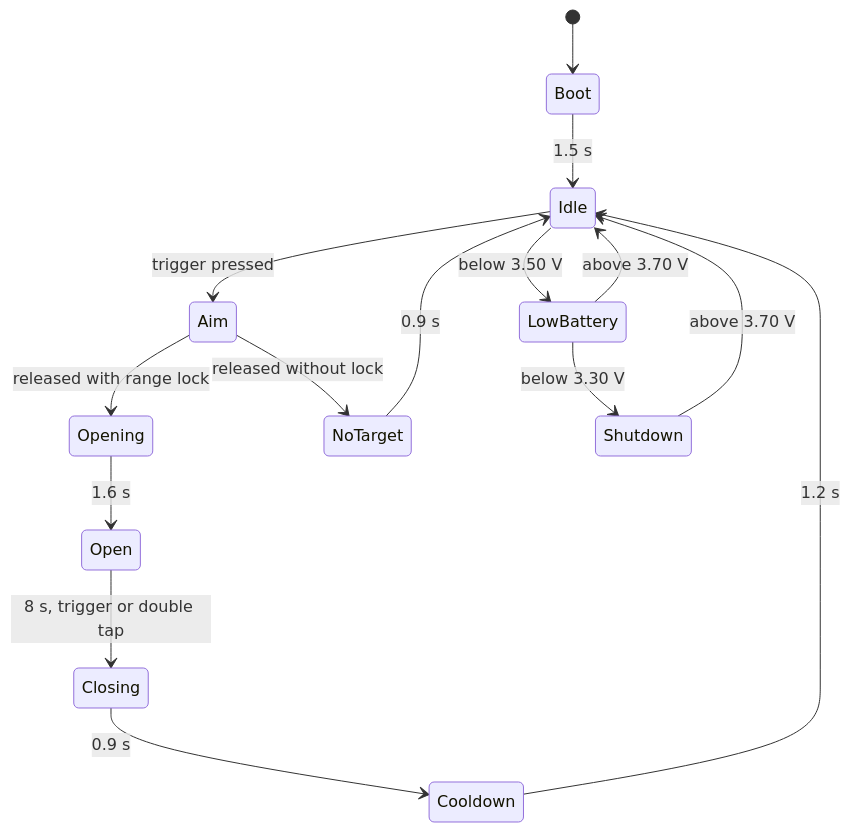
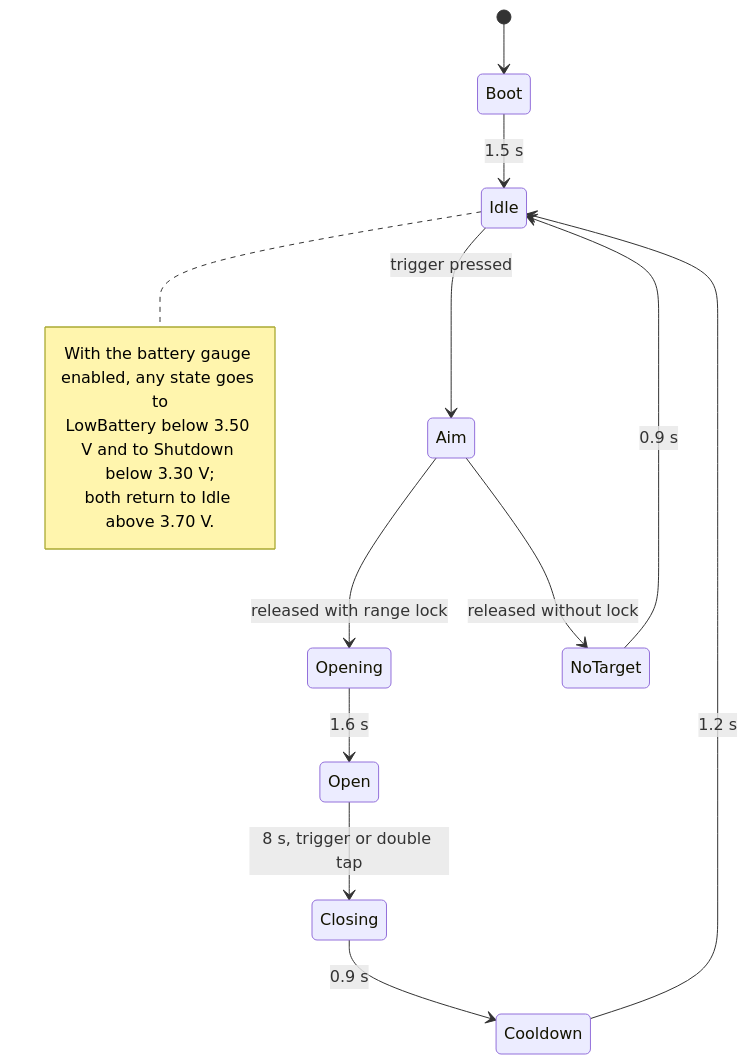
The second of 2 diagrams in research/portal-gun/report/04-prop-tutorial.md (JustAdev742/codespace), drawn with Mermaid before and after one commit. The commit also changed other lines of this file and 32 other files, not shown here.

````diff
--- a/research/portal-gun/report/04-prop-tutorial.md
+++ b/research/portal-gun/report/04-prop-tutorial.md
@@ -209,17 +239,18 @@
 ```mermaid
 stateDiagram-v2
   [*] --> Boot
   Boot --> Idle: 1.5 s
   Idle --> Aim: trigger pressed
   Aim --> Opening: released with range lock
   Aim --> NoTarget: released without lock
   NoTarget --> Idle: 0.9 s
   Opening --> Open: 1.6 s
   Open --> Closing: 8 s, trigger or double tap
   Closing --> Cooldown: 0.9 s
   Cooldown --> Idle: 1.2 s
-  Idle --> LowBattery: below 3.50 V
-  LowBattery --> Shutdown: below 3.30 V
-  LowBattery --> Idle: above 3.70 V
-  Shutdown --> Idle: above 3.70 V
+  note right of Idle
+    With the battery gauge enabled, any state goes to
+    LowBattery below 3.50 V and to Shutdown below 3.30 V;
+    both return to Idle above 3.70 V.
+  end note
 ```
````
